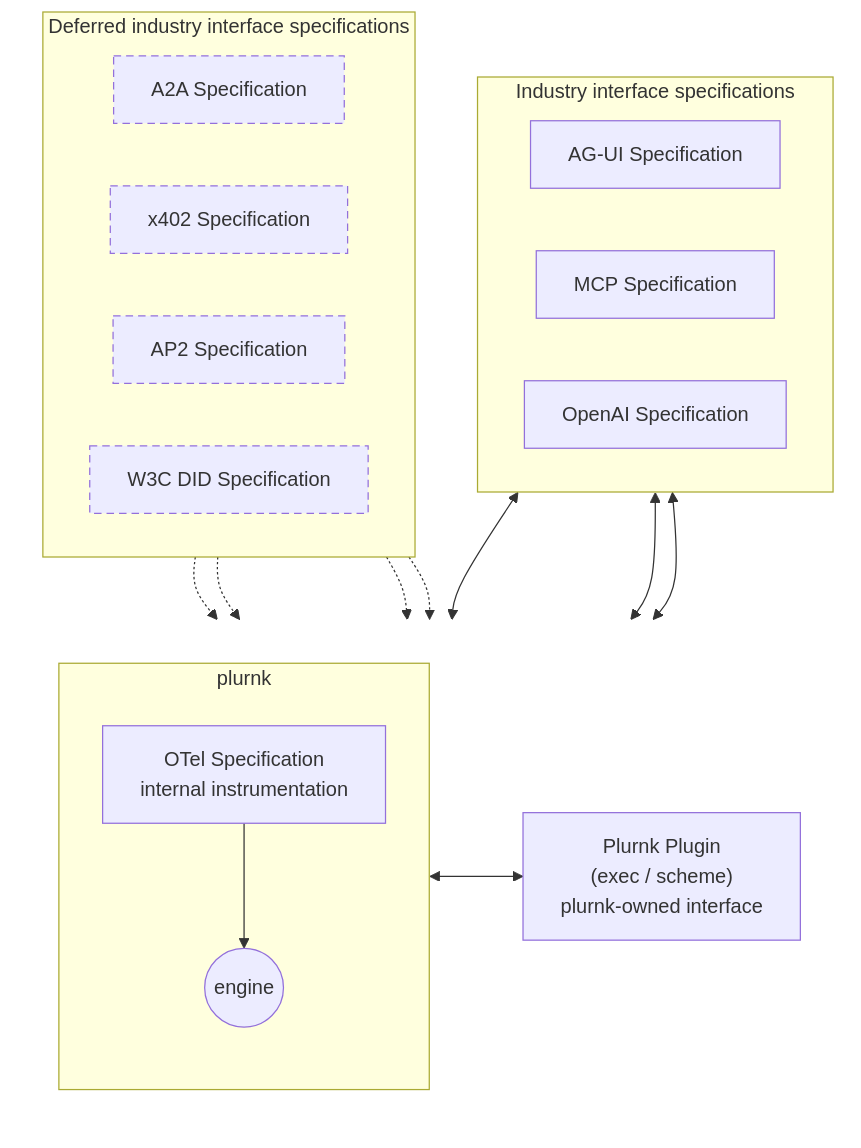
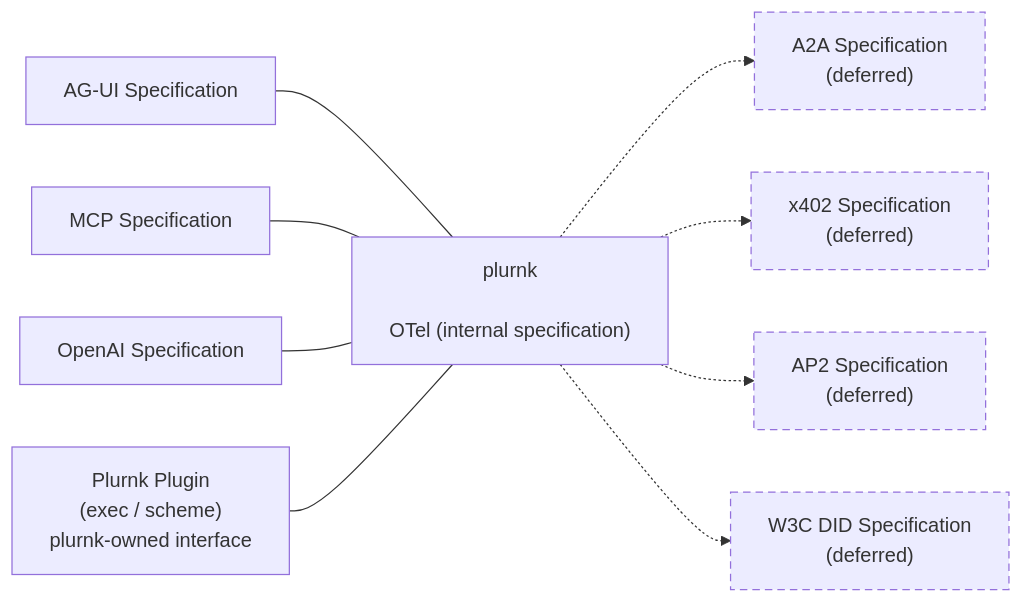
The first of 4 diagrams in ARCHITECTURE.md (plurnk/plurnk-service), drawn with Mermaid before and after one commit. The commit also changed other lines of this file and 1 other file, not shown here.

Commit message:
docs: correct architecture emphasis (#26)

````diff
--- a/ARCHITECTURE.md
+++ b/ARCHITECTURE.md
@@ -14,44 +14,15 @@
 ```mermaid
-flowchart TB
-    subgraph INTERFACES["Industry interface specifications"]
-        direction LR
-        AGUI["AG-UI Specification"]
-        MCP["MCP Specification"]
-        OPENAI["OpenAI Specification"]
-    end
+flowchart LR
+    AGUI["AG-UI Specification"] --- PLURNK["plurnk<br/><br/>OTel (internal specification)"]
+    MCP["MCP Specification"] --- PLURNK
+    OPENAI["OpenAI Specification"] --- PLURNK
+    PLUGIN["Plurnk Plugin<br/>(exec / scheme)<br/>plurnk-owned interface"] --- PLURNK
 
-    subgraph CENTER[" "]
-        direction LR
-
-        subgraph PLURNK["plurnk"]
-            direction TB
-            ENGINE(("engine"))
-            OTEL["OTel Specification<br/>internal instrumentation"]
-            OTEL --> ENGINE
-        end
-
-        PLUGIN["Plurnk Plugin<br/>(exec / scheme)<br/>plurnk-owned interface"]
-    end
-
-    subgraph DEFERRED["Deferred industry interface specifications"]
-        direction LR
-        A2A["A2A Specification"]
-        X402["x402 Specification"]
-        AP2["AP2 Specification"]
-        DID["W3C DID Specification"]
-    end
-
-    AGUI <--> ENGINE
-    MCP <--> ENGINE
-    OPENAI <--> ENGINE
-    ENGINE <--> PLUGIN
-
-    A2A -.-> ENGINE
-    X402 -.-> ENGINE
-    AP2 -.-> ENGINE
-    DID -.-> ENGINE
+    PLURNK -.-> A2A["A2A Specification<br/>(deferred)"]
+    PLURNK -.-> X402["x402 Specification<br/>(deferred)"]
+    PLURNK -.-> AP2["AP2 Specification<br/>(deferred)"]
+    PLURNK -.-> DID["W3C DID Specification<br/>(deferred)"]
 
     classDef deferred stroke-dasharray: 6 4;
     class A2A,X402,AP2,DID deferred;
-    style CENTER fill:transparent,stroke:transparent;
 ```
````
